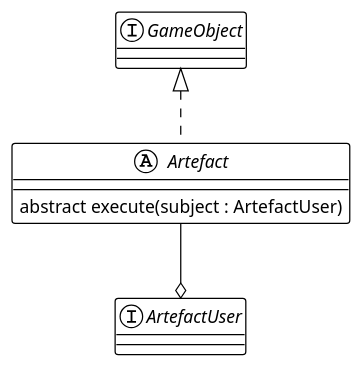
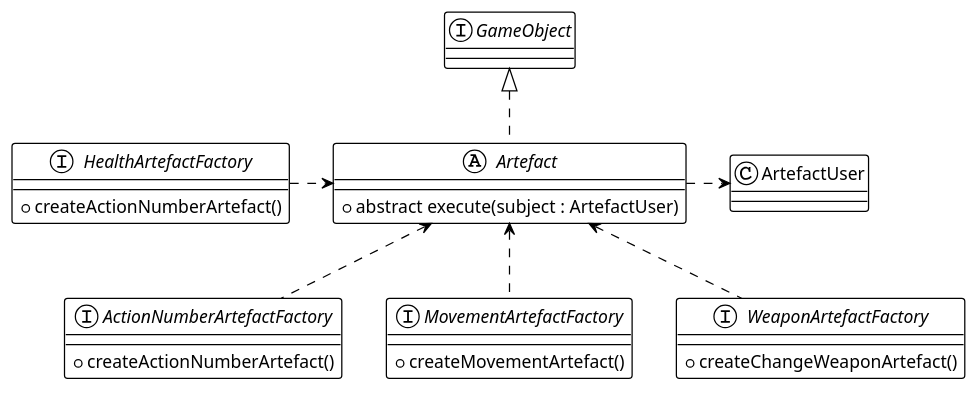
One commit to CrazyPingu/OOP21-MAP changed the diagram in plantuml/artefact.plantuml. Above: the diagram before and after it, drawn with PlantUML. The commit also changed 2 other files, not shown here.

Commit message:
updated artefact, lifeSystem, movement uml

```diff
--- a/plantuml/artefact.plantuml
+++ b/plantuml/artefact.plantuml
@@ -1,18 +1,34 @@
 @startuml Artefact 
 !theme plain
 
-interface GameObject{ 
+
+interface ActionNumberArtefactFactory{
+    + createActionNumberArtefact()
 }
 
-interface ArtefactUser{ 
-    
+interface HealthArtefactFactory{
+    + createActionNumberArtefact()
+}
+
+interface MovementArtefactFactory{ 
+    + createMovementArtefact()
+}
+
+interface WeaponArtefactFactory{ 
+    + createChangeWeaponArtefact()
 }
 
 abstract Artefact {
-    abstract execute(subject : ArtefactUser)
+    + abstract execute(subject : ArtefactUser)
 }
 
 abstract Artefact implements GameObject 
-Artefact -D-o ArtefactUser
+Artefact .R.> ArtefactUser
 
-@enduml
+ActionNumberArtefactFactory .U.> Artefact
+HealthArtefactFactory .R.> Artefact
+MovementArtefactFactory .U.> Artefact
+WeaponArtefactFactory .U.> Artefact
+
+
+@enduml 
```
